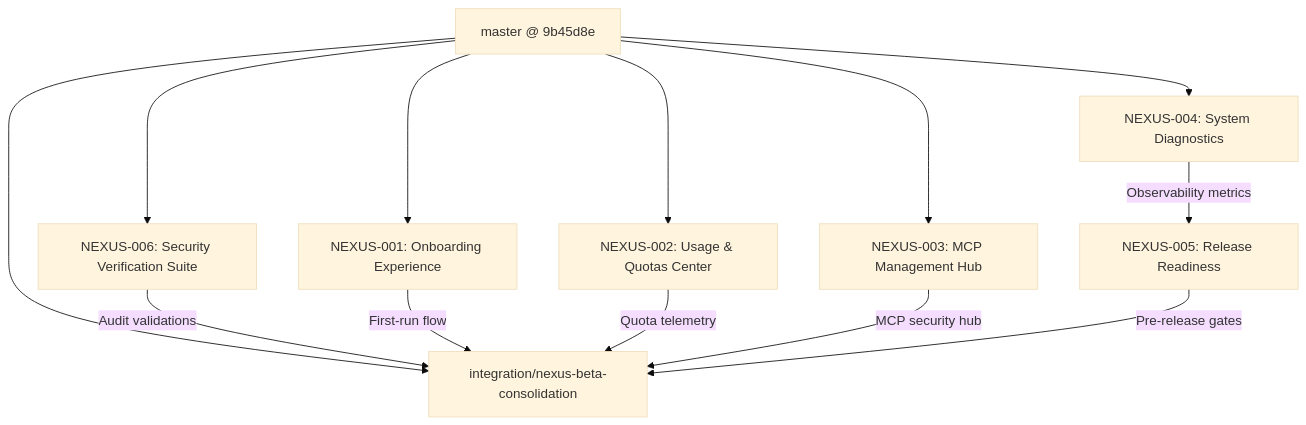
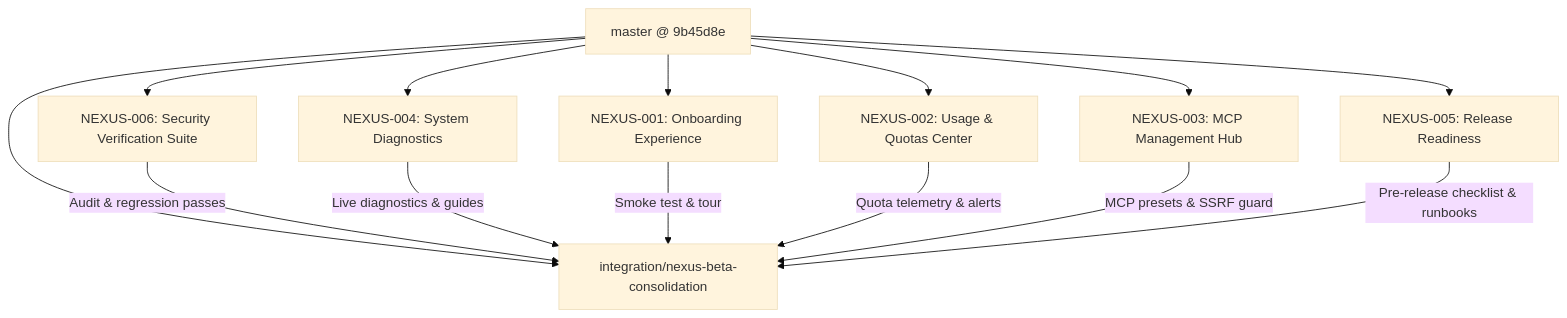
Before and after one commit to adlanehzx/Nexus: the diagram in docs/integration/orchestration-status.md, drawn with Mermaid (base theme). The commit also changed other lines of this file and 1 other file, not shown here.

````diff
--- a/docs/integration/orchestration-status.md
+++ b/docs/integration/orchestration-status.md
@@ -25,16 +25,17 @@
 ```mermaid
 flowchart TD
     BASE[master @ 9b45d8e] --> INT[integration/nexus-beta-consolidation]
     BASE --> N006[NEXUS-006: Security Verification Suite]
     BASE --> N004[NEXUS-004: System Diagnostics]
     BASE --> N001[NEXUS-001: Onboarding Experience]
     BASE --> N002[NEXUS-002: Usage & Quotas Center]
     BASE --> N003[NEXUS-003: MCP Management Hub]
+    BASE --> N005[NEXUS-005: Release Readiness]
     
-    N006 -->|Audit validations| INT
-    N004 -->|Observability metrics| N005[NEXUS-005: Release Readiness]
-    N001 -->|First-run flow| INT
-    N002 -->|Quota telemetry| INT
-    N003 -->|MCP security hub| INT
-    N005 -->|Pre-release gates| INT
+    N006 -->|Audit & regression passes| INT
+    N004 -->|Live diagnostics & guides| INT
+    N001 -->|Smoke test & tour| INT
+    N002 -->|Quota telemetry & alerts| INT
+    N003 -->|MCP presets & SSRF guard| INT
+    N005 -->|Pre-release checklist & runbooks| INT
 ```
````
